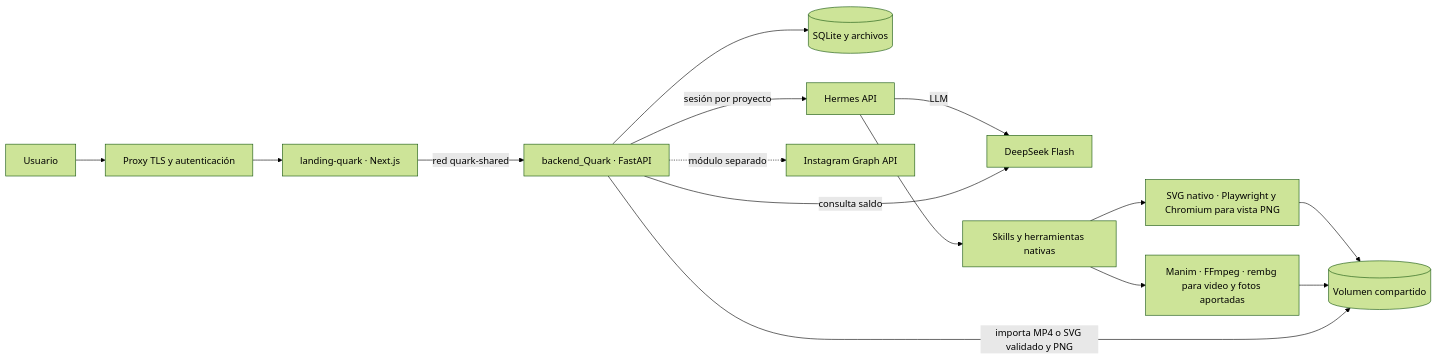
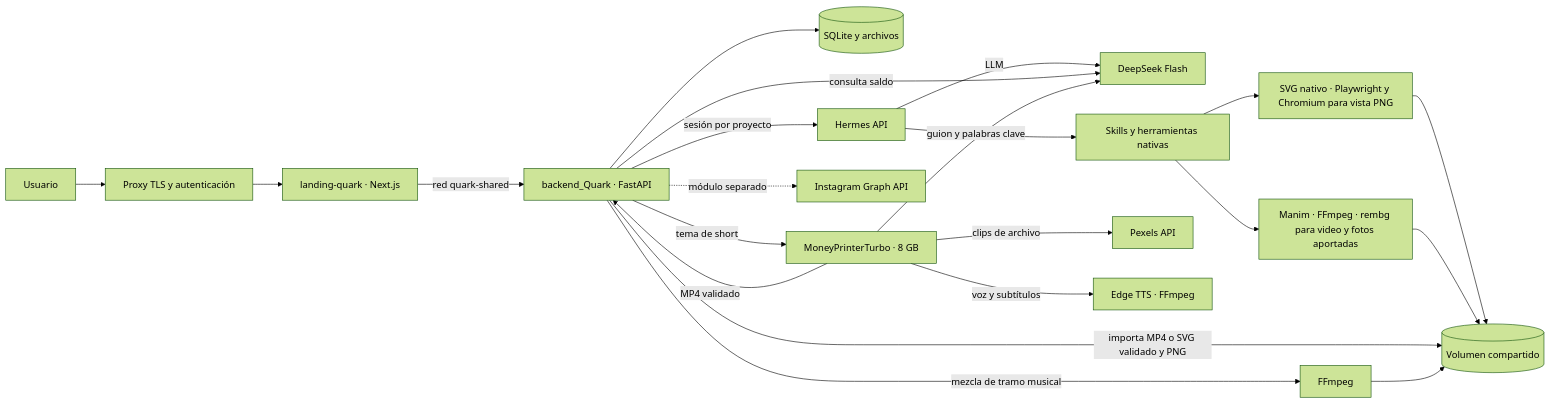
One commit to Matias-Ibanez/backend_Quark changed the diagram in ARQUITECTURA.md. Above: the diagram before and after it, drawn with Mermaid (forest theme). The commit also changed other lines of this file and 11 other files, not shown here.

````diff
--- a/ARQUITECTURA.md
+++ b/ARQUITECTURA.md
@@ -3,17 +3,24 @@
 ```mermaid
 flowchart LR
     U[Usuario] --> TLS[Proxy TLS y autenticación]
     TLS --> WEB[landing-quark · Next.js]
     WEB -->|red quark-shared| API[backend_Quark · FastAPI]
     API --> DB[(SQLite y archivos)]
     API -->|sesión por proyecto| H[Hermes API]
     H -->|LLM| D[DeepSeek Flash]
     H --> SK[Skills y herramientas nativas]
     SK --> P[SVG nativo · Playwright y Chromium para vista PNG]
     SK --> M[Manim · FFmpeg · rembg para video y fotos aportadas]
     P --> V[(Volumen compartido)]
     M --> V[(Volumen compartido)]
     API -->|importa MP4 o SVG validado y PNG| V
     API -->|consulta saldo| D
+    API -->|tema de short| S[MoneyPrinterTurbo · 8 GB]
+    S -->|guion y palabras clave| D
+    S -->|clips de archivo| PX[Pexels API]
+    S -->|voz y subtítulos| T[Edge TTS · FFmpeg]
+    S -->|MP4 validado| API
+    API -->|mezcla de tramo musical| F[FFmpeg]
+    F --> V
     API -. módulo separado .-> IG[Instagram Graph API]
 ```
````
